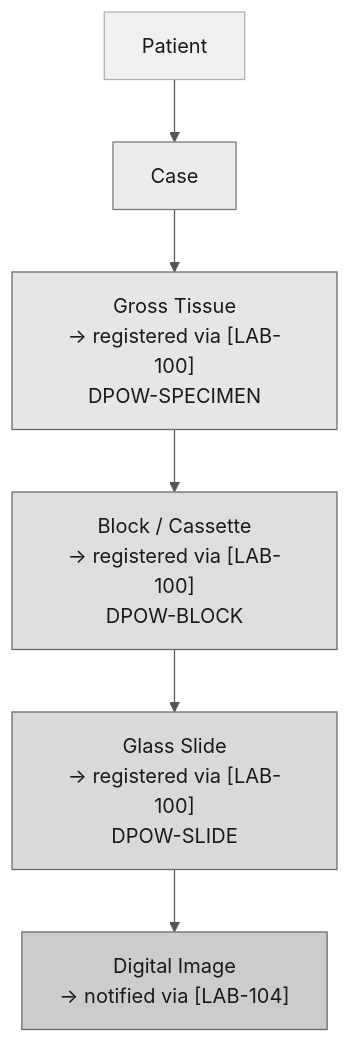
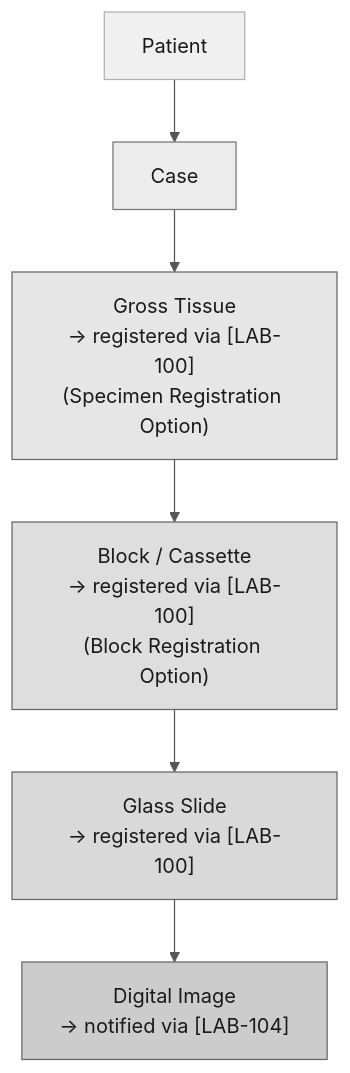
The second of 8 diagrams in input/pagecontent/volume-1.md (rufern/PaLM.DPOW), drawn with Mermaid before and after one commit. The commit also changed other lines of this file and 8 other files, not shown here.

````diff
--- a/input/pagecontent/volume-1.md
+++ b/input/pagecontent/volume-1.md
@@ -173,19 +175,19 @@
 ```mermaid
 %%{init: {"theme":"base","themeVariables":{"primaryColor":"#e6e6e6","primaryBorderColor":"#666666","primaryTextColor":"#1a1a1a","lineColor":"#555555","textColor":"#1a1a1a","mainBkg":"#e6e6e6","nodeBorder":"#666666","clusterBkg":"#f5f5f5","clusterBorder":"#999999","actorBkg":"#e6e6e6","actorBorder":"#666666","actorTextColor":"#1a1a1a","actorLineColor":"#888888","signalColor":"#333333","signalTextColor":"#1a1a1a","noteBkgColor":"#dcdcdc","noteTextColor":"#1a1a1a","noteBorderColor":"#999999","labelBoxBkgColor":"#dcdcdc","labelBoxBorderColor":"#999999","labelTextColor":"#1a1a1a","edgeLabelBackground":"#f5f5f5","sequenceNumberColor":"#1a1a1a"}}}%%
 graph TD
   P["Patient"]
   C["Case"]
-  S["Gross Tissue\n-> registered via [LAB-100]\nDPOW-SPECIMEN"]
-  B["Block / Cassette\n-> registered via [LAB-100]\nDPOW-BLOCK"]
-  G["Glass Slide\n-> registered via [LAB-100]\nDPOW-SLIDE"]
+  S["Gross Tissue\n-> registered via [LAB-100]\n(Specimen Registration Option)"]
+  B["Block / Cassette\n-> registered via [LAB-100]\n(Block Registration Option)"]
+  G["Glass Slide\n-> registered via [LAB-100]"]
   D["Digital Image\n-> notified via [LAB-104]"]
 
   P --> C --> S --> B --> G --> D
 
   style P fill:#f0f0f0,stroke:#b0b0b0,color:#1a1a1a
   style C fill:#ececec,stroke:#777777,color:#1a1a1a
   style S fill:#e6e6e6,stroke:#666666,color:#1a1a1a
   style B fill:#dedede,stroke:#666666,color:#1a1a1a
   style G fill:#d9d9d9,stroke:#666666,color:#1a1a1a
   style D fill:#cccccc,stroke:#666666,color:#1a1a1a
 ```
````
